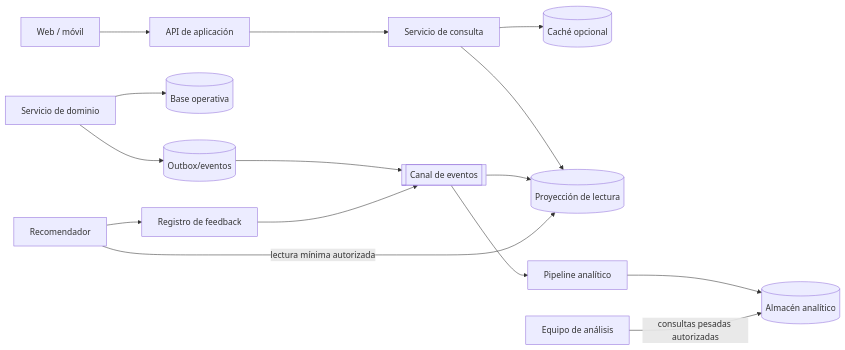
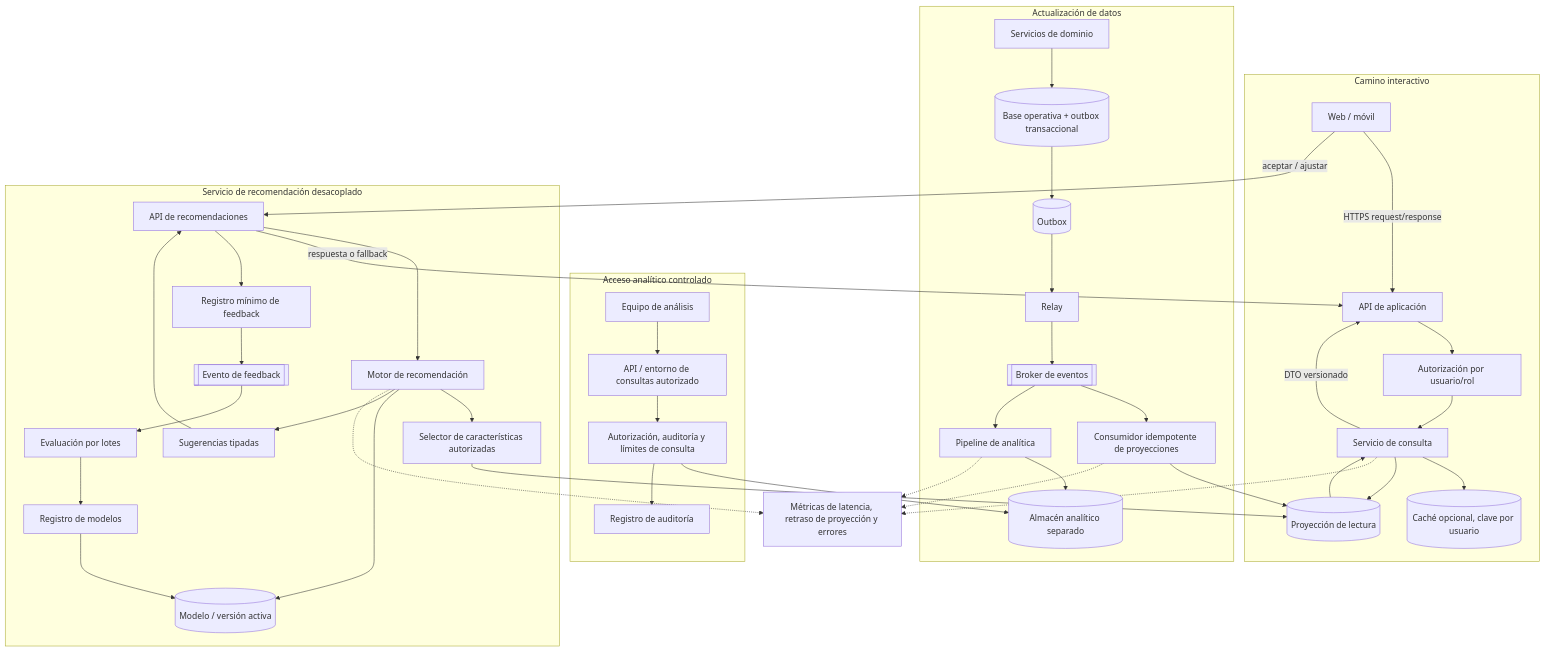
Before and after one commit to neouuuu/TPE-Ingenier-a-de-Software: the diagram in docs/ADD/04-Iteracion-4/Vistas/Vista-Lecturas-Analitica.md, drawn with Mermaid. The commit also changed other lines of this file, not shown here.

Commit message:
docs: detail resilience and analytical C&C architecture

````diff
--- a/docs/ADD/04-Iteracion-4/Vistas/Vista-Lecturas-Analitica.md
+++ b/docs/ADD/04-Iteracion-4/Vistas/Vista-Lecturas-Analitica.md
@@ -3,17 +3,52 @@
 ```mermaid
-flowchart LR
-  CLIENT[Web / móvil] --> API[API de aplicación]
-  API --> READ[Servicio de consulta]
-  READ --> CACHE[(Caché opcional)]
-  READ --> PROJ[(Proyección de lectura)]
-  DOMAIN[Servicio de dominio] --> OP[(Base operativa)]
-  DOMAIN --> OUTBOX[(Outbox/eventos)]
-  OUTBOX --> BUS[[Canal de eventos]]
-  BUS --> PROJ
-  BUS --> PIPE[Pipeline analítico]
-  PIPE --> DW[(Almacén analítico)]
-  TEAM[Equipo de análisis] -->|consultas pesadas autorizadas| DW
-  REC[Recomendador] -->|lectura mínima autorizada| PROJ
-  REC --> FEEDBACK[Registro de feedback]
-  FEEDBACK --> BUS
+flowchart TB
+  subgraph Interactive["Camino interactivo"]
+    CLIENT["Web / móvil"] -->|"HTTPS request/response"| API["API de aplicación"]
+    API --> AUTH["Autorización por usuario/rol"]
+    AUTH --> QUERY["Servicio de consulta"]
+    QUERY --> CACHE[("Caché opcional, clave por usuario")]
+    QUERY --> READ[("Proyección de lectura")]
+    READ --> QUERY
+    QUERY -->|"DTO versionado"| API
+  end
+
+  subgraph WriteAndEvents["Actualización de datos"]
+    DOMAIN["Servicios de dominio"] --> TX[("Base operativa + outbox transaccional")]
+    TX --> OUTBOX[("Outbox")]
+    OUTBOX --> RELAY["Relay"]
+    RELAY --> BUS[["Broker de eventos"]]
+    BUS --> PROJCON["Consumidor idempotente de proyecciones"]
+    PROJCON --> READ
+    BUS --> ETL["Pipeline de analítica"]
+    ETL --> DW[("Almacén analítico separado")]
+  end
+
+  subgraph Analytics["Acceso analítico controlado"]
+    TEAM["Equipo de análisis"] --> ANALYTICSAPI["API / entorno de consultas autorizado"]
+    ANALYTICSAPI --> POLICY["Autorización, auditoría y límites de consulta"]
+    POLICY --> DW
+    POLICY --> AUDIT["Registro de auditoría"]
+  end
+
+  subgraph Recommendation["Servicio de recomendación desacoplado"]
+    RECAPI["API de recomendaciones"] --> REC["Motor de recomendación"]
+    REC --> FEATURES["Selector de características autorizadas"]
+    FEATURES --> READ
+    REC --> MODEL[("Modelo / versión activa")]
+    REC --> RESULTS["Sugerencias tipadas"]
+    RESULTS --> RECAPI
+    RECAPI -->|"respuesta o fallback"| API
+    CLIENT -->|"aceptar / ajustar"| RECAPI
+    RECAPI --> FEEDBACK["Registro mínimo de feedback"]
+    FEEDBACK --> FEEDBACKBUS[["Evento de feedback"]]
+    FEEDBACKBUS --> EVAL["Evaluación por lotes"]
+    EVAL --> REGISTRY["Registro de modelos"]
+    REGISTRY --> MODEL
+  end
+
+  MONITOR["Métricas de latencia, retraso de proyección y errores"]
+  QUERY -.-> MONITOR
+  PROJCON -.-> MONITOR
+  ETL -.-> MONITOR
+  REC -.-> MONITOR
 ```
````
